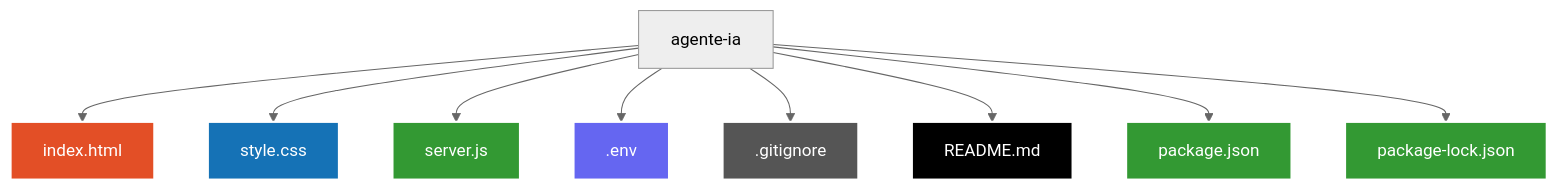
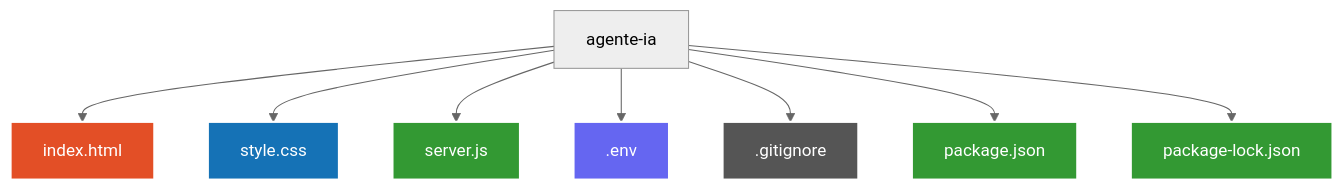
One commit to AliceSilva2012/agente-ia changed the diagram in README.md. Above: the diagram before and after it, drawn with Mermaid (neutral theme).

Commit message:
Remove README.md from project diagram
Removed references to README.md from the diagram.

````diff
--- a/README.md
+++ b/README.md
@@ -89,20 +89,18 @@
 ```mermaid
 graph TD
     A[agente-ia] --> B[index.html]
     A --> C[style.css]
     A --> D[server.js]
     A --> E[.env]
     A --> F[.gitignore]
-    A --> G[README.md]
     A --> H[package.json]
     A --> I[package-lock.json]
 
     style B fill:#e34f26,stroke:#fff,stroke-width:2px,color:#fff
     style C fill:#1572b6,stroke:#fff,stroke-width:2px,color:#fff
     style D fill:#339933,stroke:#fff,stroke-width:2px,color:#fff
     style E fill:#6566f1,stroke:#fff,stroke-width:2px,color:#fff
     style F fill:#555,stroke:#fff,stroke-width:2px,color:#fff
-    style G fill:#000,stroke:#fff,stroke-width:2px,color:#fff
     style H fill:#339933,stroke:#fff,stroke-width:2px,color:#fff
     style I fill:#339933,stroke:#fff,stroke-width:2px,color:#fff
 ```
````
